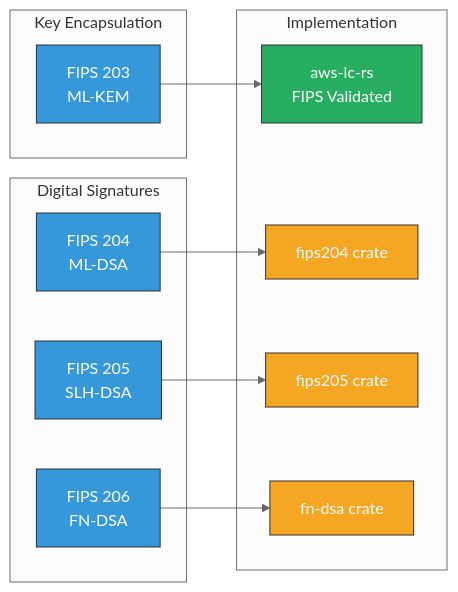
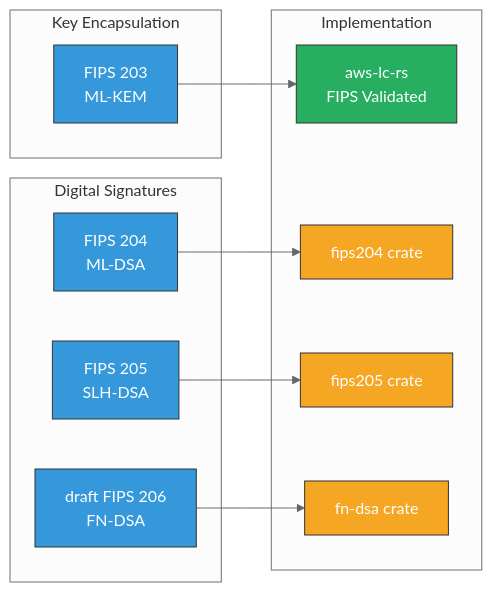
One commit to LatticeArc/latticearc changed the first of 3 diagrams in docs/NIST_COMPLIANCE.md. Above: the diagram before and after it, drawn with Mermaid (neutral theme). The commit also changed other lines of this file and 73 other files, not shown here.

````diff
--- a/docs/NIST_COMPLIANCE.md
+++ b/docs/NIST_COMPLIANCE.md
@@ -7,32 +7,32 @@
 ```mermaid
 graph LR
     subgraph "Key Encapsulation"
         KEM[FIPS 203<br/>ML-KEM]
     end
 
     subgraph "Digital Signatures"
         DSA[FIPS 204<br/>ML-DSA]
         SLH[FIPS 205<br/>SLH-DSA]
-        FN[FIPS 206<br/>FN-DSA]
+        FN[draft FIPS 206<br/>FN-DSA]
     end
 
     subgraph "Implementation"
         AWSLC[aws-lc-rs<br/>FIPS Validated]
         F204[fips204 crate]
         F205[fips205 crate]
         FNDSA[fn-dsa crate]
     end
 
     KEM --> AWSLC
     DSA --> F204
     SLH --> F205
     FN --> FNDSA
 
     classDef standard fill:#3498db,stroke:#333,color:#fff
     classDef fips fill:#27ae60,stroke:#333,color:#fff
     classDef impl fill:#f5a623,stroke:#333,color:#fff
 
     class KEM,DSA,SLH,FN standard
     class AWSLC fips
     class F204,F205,FNDSA impl
 ```
````
